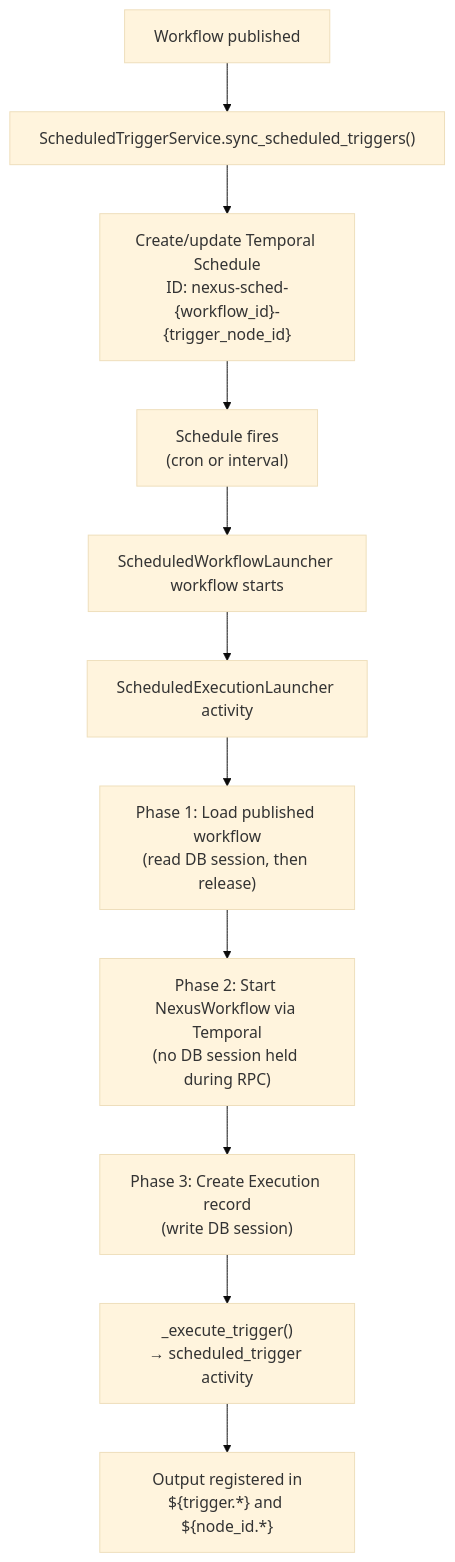
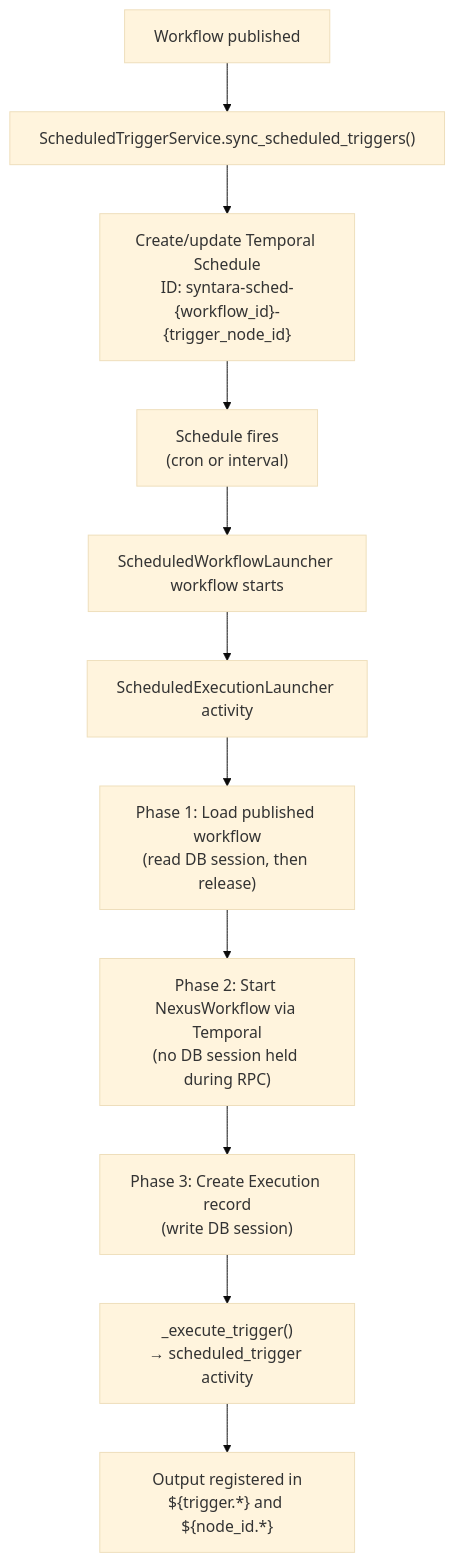
The diagram in backend/docs/workflow-engine/triggers/scheduled-trigger.md (syntara-orchestration/syntara), drawn with Mermaid (base theme) before and after one commit. The commit also changed other lines of this file and 8 other files, not shown here.

First line of the commit message:
refactor: migrate Temporal schedule ID prefix from nexus-sched to syntara-sched

````diff
--- a/backend/docs/workflow-engine/triggers/scheduled-trigger.md
+++ b/backend/docs/workflow-engine/triggers/scheduled-trigger.md
@@ -11,15 +11,15 @@
 ```mermaid
 flowchart TD
     PUB["Workflow published"] --> SYNC["ScheduledTriggerService.sync_scheduled_triggers()"]
-    SYNC --> TS["Create/update Temporal Schedule<br/>ID: nexus-sched-{workflow_id}-{trigger_node_id}"]
+    SYNC --> TS["Create/update Temporal Schedule<br/>ID: syntara-sched-{workflow_id}-{trigger_node_id}"]
     TS --> FIRE["Schedule fires<br/>(cron or interval)"]
     FIRE --> LAUNCH["ScheduledWorkflowLauncher workflow starts"]
     LAUNCH --> ACT["ScheduledExecutionLauncher activity"]
 
     ACT --> P1["Phase 1: Load published workflow<br/>(read DB session, then release)"]
     P1 --> P2["Phase 2: Start NexusWorkflow via Temporal<br/>(no DB session held during RPC)"]
     P2 --> P3["Phase 3: Create Execution record<br/>(write DB session)"]
 
     P3 --> ENGINE["_execute_trigger()<br/>→ scheduled_trigger activity"]
     ENGINE --> NS["Output registered in<br/>${trigger.*} and ${node_id.*}"]
 ```
````
